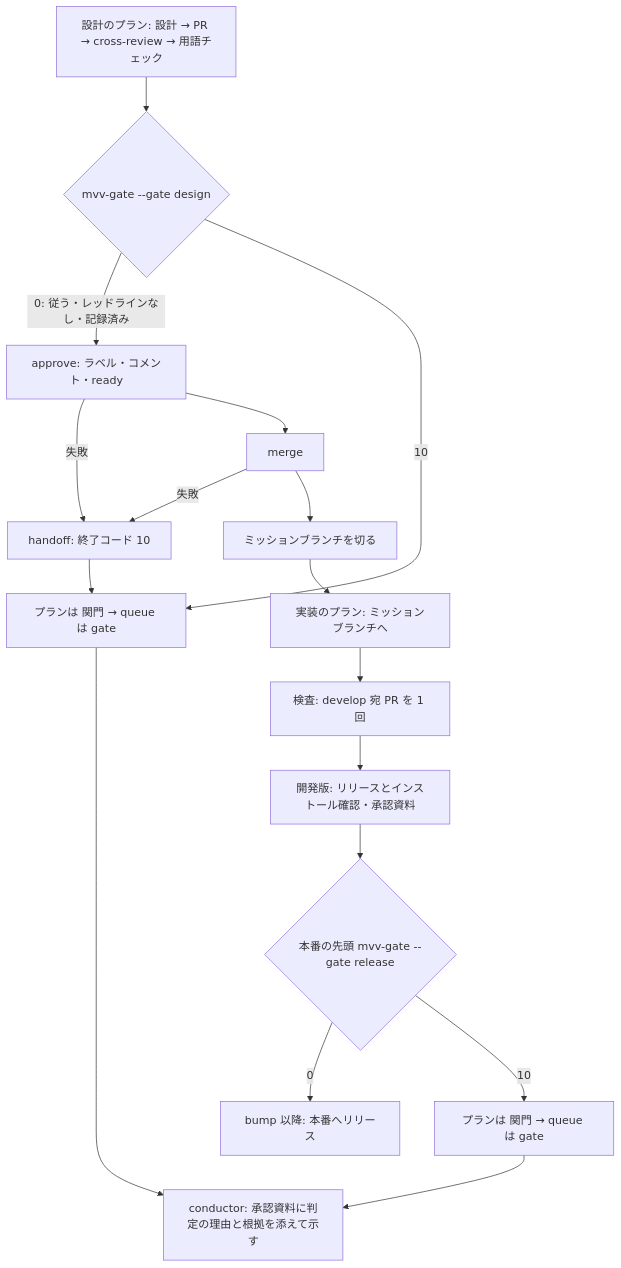
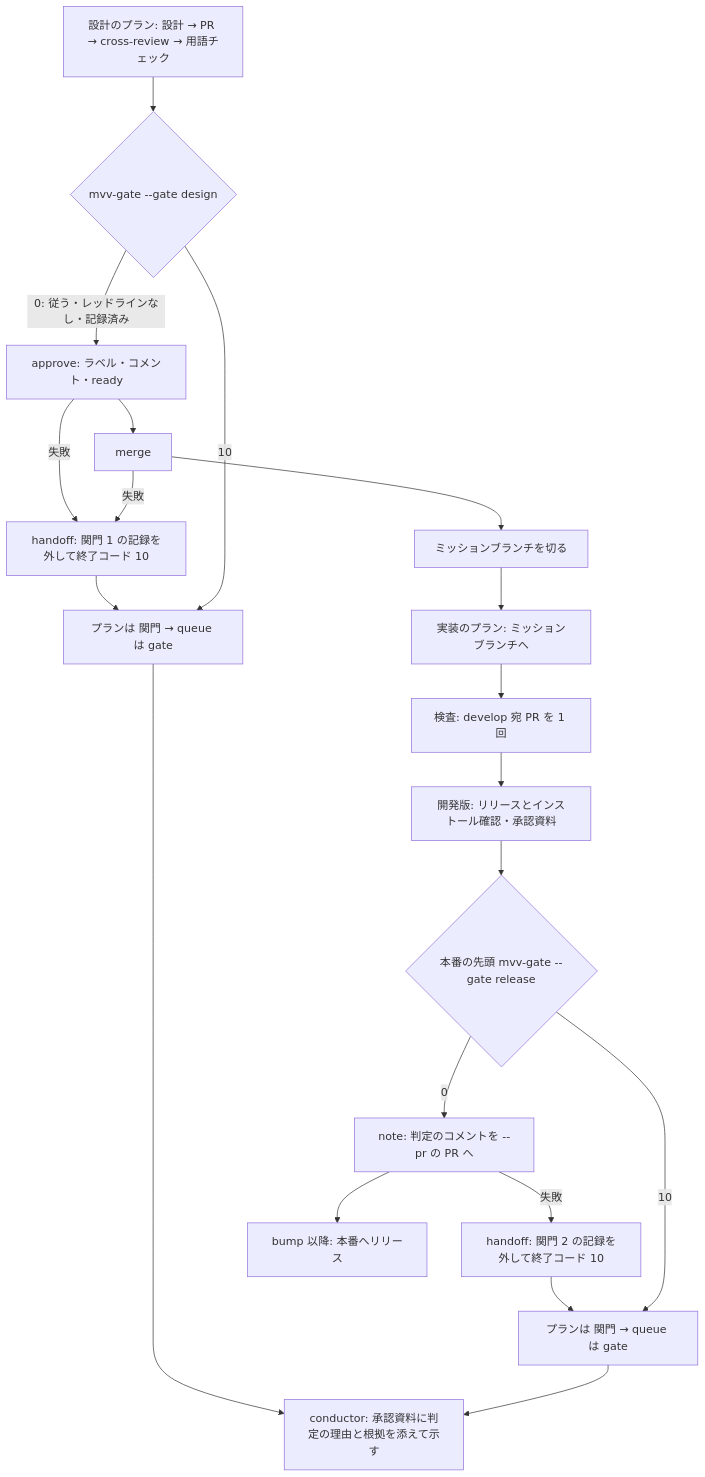
Before and after one commit to devbasex/ai-plugins: the eighth of 9 diagrams in issues/issue-1370-design.md, drawn with Mermaid. The commit also changed other lines of this file and 1 other file, not shown here.

Commit message:
Docs: #1370 設計を round 1 のレビューに合わせて直す（handoff で by: mvv の記録を外す・ゲート 2 のコメントの宛先・雛形の無いリリースの形の扱い）

````diff
--- a/issues/issue-1370-design.md
+++ b/issues/issue-1370-design.md
@@ -397,19 +399,22 @@
 ```mermaid
 graph TD
     D[設計のプラン: 設計 → PR → cross-review → 用語チェック] --> M1{mvv-gate --gate design}
     M1 -->|0: 従う・レッドラインなし・記録済み| AP[approve: ラベル・コメント・ready]
-    AP -->|失敗| HO[handoff: 終了コード 10]
+    AP -->|失敗| HO[handoff: 関門 1 の記録を外して終了コード 10]
     AP --> MG[merge]
     MG -->|失敗| HO
     HO --> GATE1[プランは 関門 → queue は gate]
     MG --> BR[ミッションブランチを切る]
     M1 -->|10| GATE1
     BR --> IM[実装のプラン: ミッションブランチへ]
     IM --> CK[検査: develop 宛 PR を 1 回]
     CK --> DV[開発版: リリースとインストール確認・承認資料]
     DV --> M2{本番の先頭 mvv-gate --gate release}
-    M2 -->|0| PD[bump 以降: 本番へリリース]
+    M2 -->|0| NT[note: 判定のコメントを --pr の PR へ]
+    NT -->|失敗| HO2[handoff: 関門 2 の記録を外して終了コード 10]
+    HO2 --> GATE2
+    NT --> PD[bump 以降: 本番へリリース]
     M2 -->|10| GATE2[プランは 関門 → queue は gate]
     GATE1 --> C[conductor: 承認資料に判定の理由と根拠を添えて示す]
     GATE2 --> C
 ```
````
